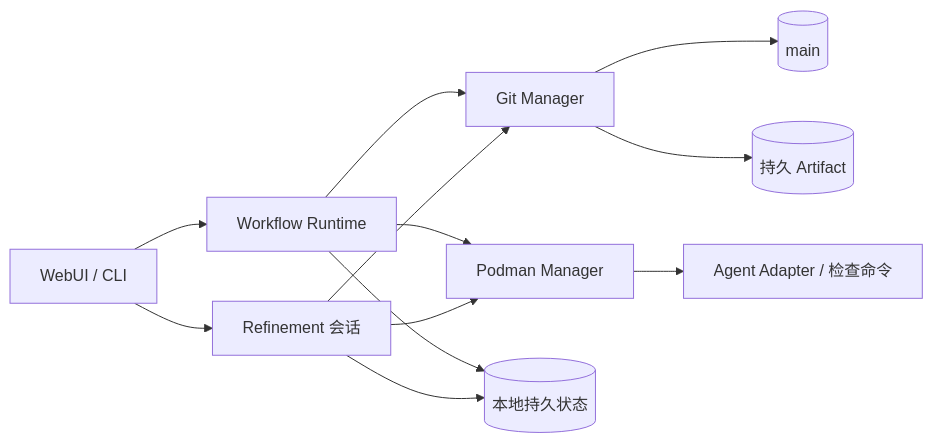
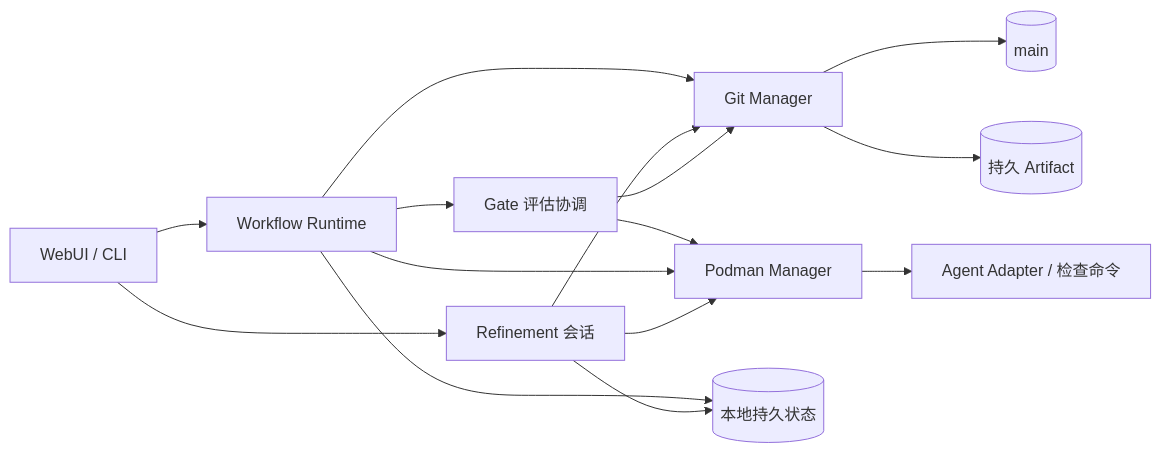
Before and after one commit to LingMessy/facetloom: the diagram in design/05-services.md, drawn with Mermaid. The commit also changed other lines of this file and 10 other files, not shown here.

````diff
--- a/design/05-services.md
+++ b/design/05-services.md
@@ -7,14 +7,17 @@
 ```mermaid
 flowchart LR
     UI[WebUI / CLI] --> RT[Workflow Runtime]
     UI --> RF[Refinement 会话]
     RT --> GM[Git Manager]
     RF --> GM
-    RT --> PM[Podman Manager]
+    RT --> GE[Gate 评估协调]
+    GE --> PM[Podman Manager]
+    GE --> GM
+    RT --> PM
     RF --> PM
     PM --> AD[Agent Adapter / 检查命令]
     GM --> Main[(main)]
     GM --> Artifact[(持久 Artifact)]
     RT --> Local[(本地持久状态)]
     RF --> Local
 ```
````
